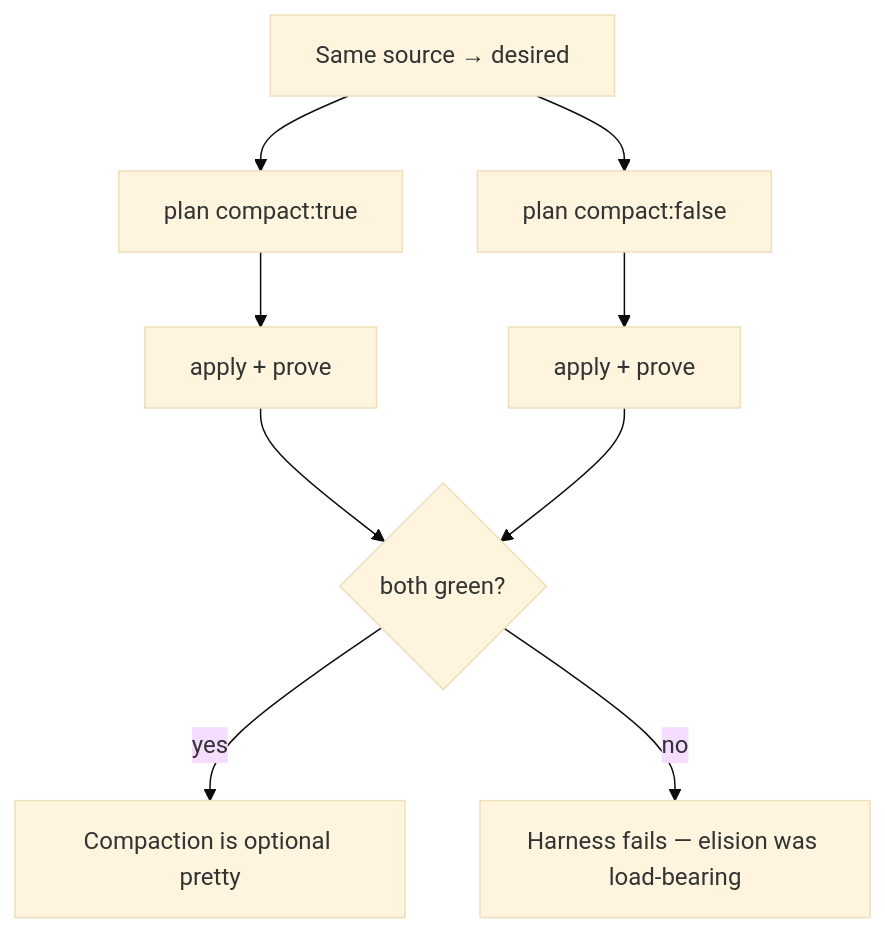
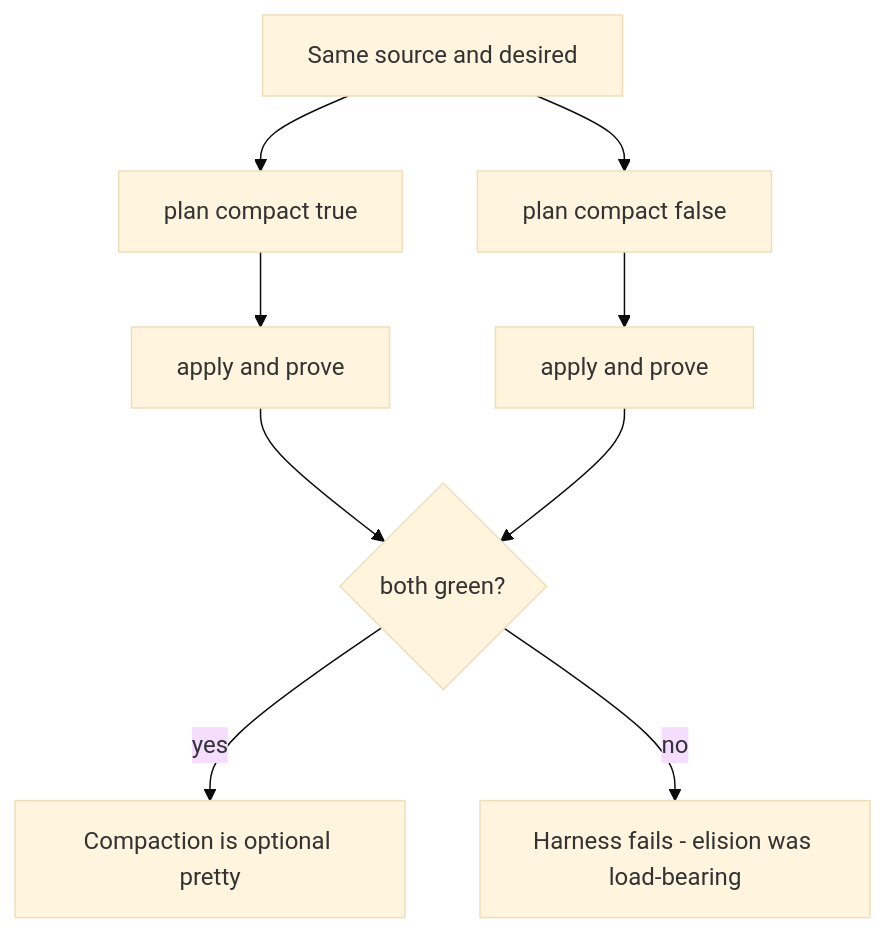
Before and after one commit to 7ttp/pg-toolbelt: the sixth of 11 diagrams in docs/roadmap/agent-tracks/OVERVIEW.md, drawn with Mermaid (base theme). The commit also changed other lines of this file and 2 other files, not shown here.

````diff
--- a/docs/roadmap/agent-tracks/OVERVIEW.md
+++ b/docs/roadmap/agent-tracks/OVERVIEW.md
@@ -245,11 +256,11 @@
 ```mermaid
 flowchart TB
-  FB[Same source → desired] --> Ptrue["plan compact:true"]
-  FB --> Pfalse["plan compact:false"]
-  Ptrue --> A1[apply + prove]
-  Pfalse --> A2[apply + prove]
+  FB[Same source and desired] --> Ptrue[plan compact true]
+  FB --> Pfalse[plan compact false]
+  Ptrue --> A1[apply and prove]
+  Pfalse --> A2[apply and prove]
   A1 --> G{both green?}
   A2 --> G
   G -->|yes| PASS[Compaction is optional pretty]
-  G -->|no| FAIL[Harness fails — elision was load-bearing]
+  G -->|no| FAIL[Harness fails - elision was load-bearing]
 ```
````
